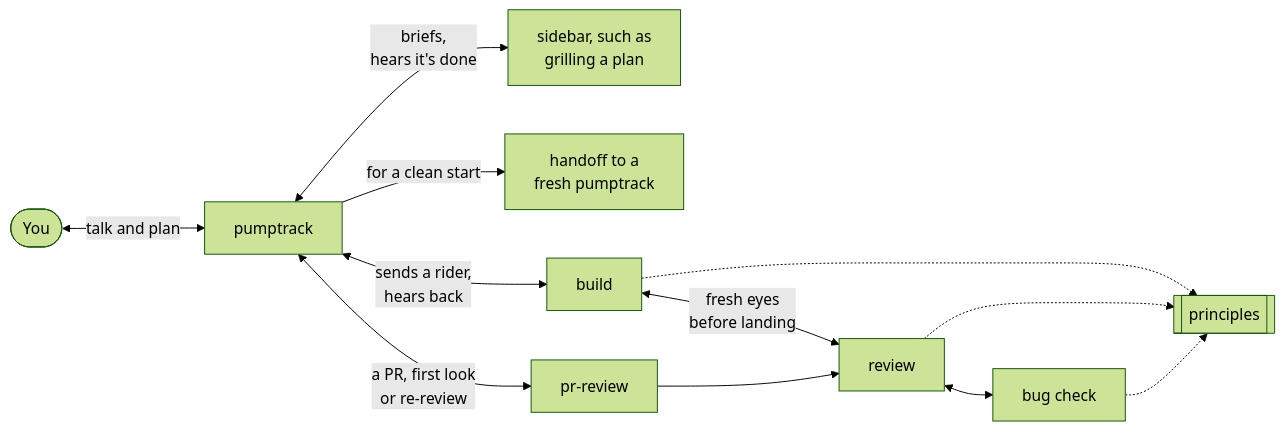
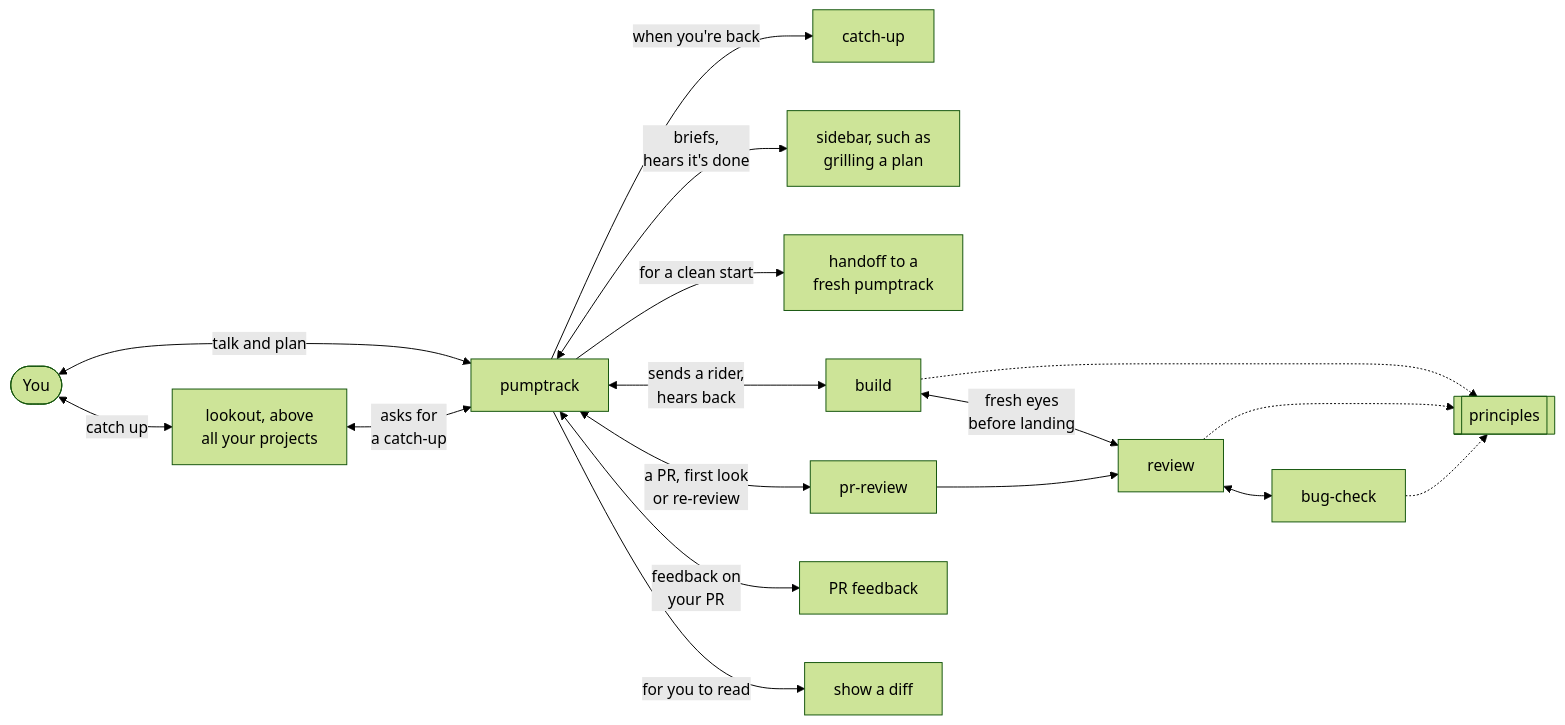
The first of 2 diagrams in README.md (brandonbews/pumptrack), drawn with Mermaid (forest theme) before and after one commit. The commit also changed other lines of this file and 1 other file, not shown here.

Commit message:
README: V0.1 adds catch-up, the lookout, PR feedback and show-diff; CLAUDE.md: commits name no agent

````diff
--- a/README.md
+++ b/README.md
@@ -26,14 +28,19 @@
 ```mermaid
 flowchart LR
   you(["You"]) <-->|talk and plan| pt["pumptrack"]
+  you <-->|catch up| lookout["lookout, above<br/>all your projects"]
+  lookout <-->|"asks for<br/>a catch-up"| pt
+  pt -->|"when you're back"| catchup["catch-up"]
   pt <-->|"briefs,<br/>hears it's done"| sidebar["sidebar, such as<br/>grilling a plan"]
   pt -->|"for a clean start"| handoff["handoff to a<br/>fresh pumptrack"]
   pt <-->|"sends a rider,<br/>hears back"| build["build"]
   build <-->|"fresh eyes<br/>before landing"| review["review"]
   pt <-->|"a PR, first look<br/>or re-review"| prreview["pr-review"]
   prreview --> review
-  review <--> bugs["bug check"]
+  pt <-->|"feedback on<br/>your PR"| feedback["PR feedback"]
+  pt -->|for you to read| diff["show a diff"]
+  review <--> bugs["bug-check"]
   build -.-> principles[["principles"]]
   review -.-> principles
   bugs -.-> principles
 ```
````
